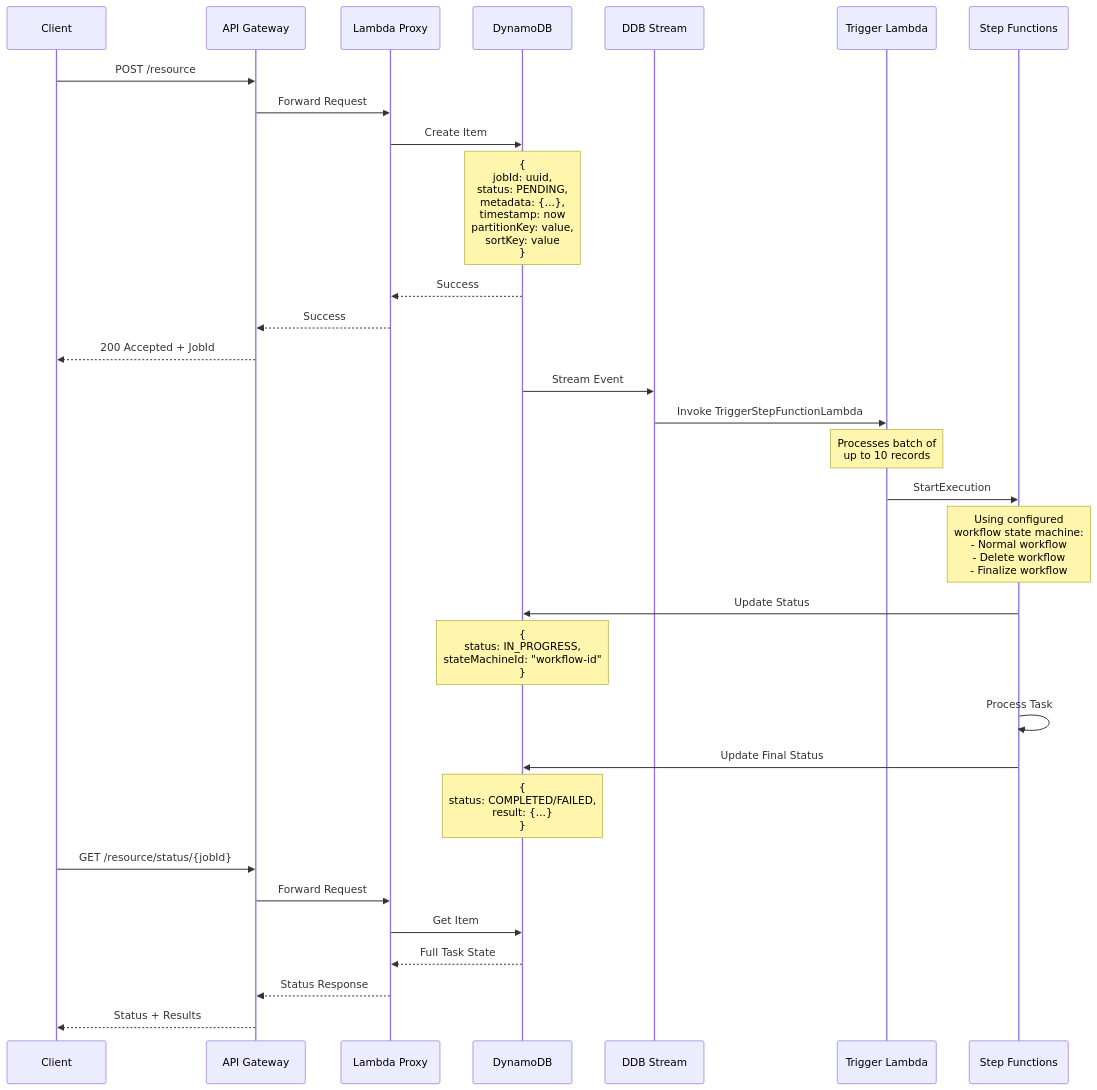
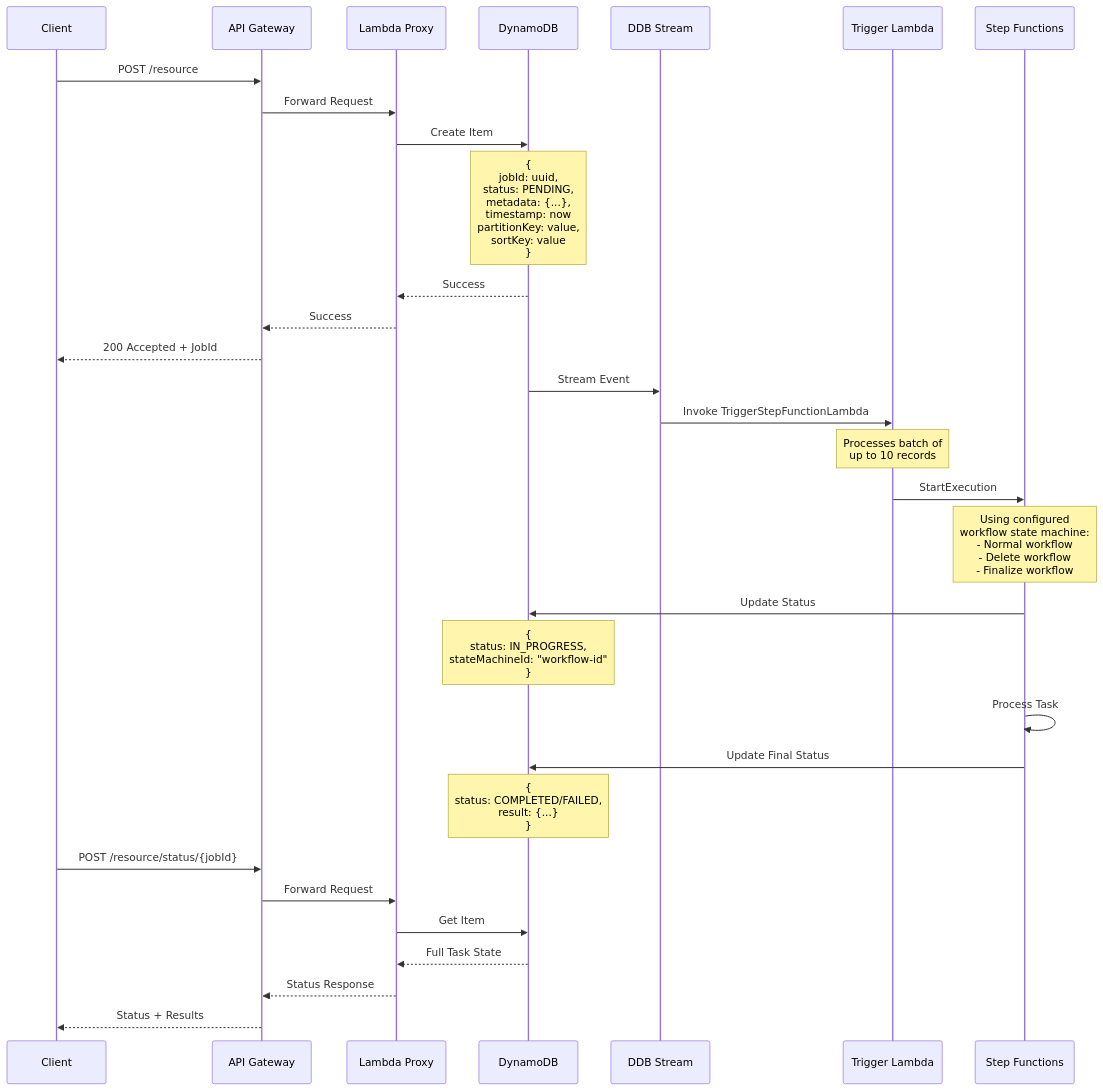
The diagram in deployment/README.md (aws-solutions-library-samples/guidance-for-supporting-video-analysis-as-a-service-on-aws), drawn with Mermaid before and after one commit. The commit also changed other lines of this file, not shown here.

Commit message:
refactor README

````diff
--- a/deployment/README.md
+++ b/deployment/README.md
@@ -17,40 +17,40 @@
 ```mermaid
 sequenceDiagram
     participant Client
     participant API Gateway
     participant Lambda Proxy
     participant DynamoDB
     participant DDB Stream
     participant Trigger Lambda
     participant Step Functions
 
     Client->>API Gateway: POST /resource
     API Gateway->>Lambda Proxy: Forward Request
     Lambda Proxy->>DynamoDB: Create Item
     Note over DynamoDB: {<br/>jobId: uuid,<br/>status: PENDING,<br/>metadata: {...},<br/>timestamp: now<br/>partitionKey: value,<br/>sortKey: value<br/>}
     DynamoDB-->>Lambda Proxy: Success
     Lambda Proxy-->>API Gateway: Success
     API Gateway-->>Client: 200 Accepted + JobId
     
     DynamoDB->>DDB Stream: Stream Event 
     DDB Stream->>Trigger Lambda: Invoke TriggerStepFunctionLambda
     Note over Trigger Lambda: Processes batch of<br/>up to 10 records
     
     Trigger Lambda->>Step Functions: StartExecution
     Note over Step Functions: Using configured<br/>workflow state machine:<br/>- Normal workflow<br/>- Delete workflow<br/>- Finalize workflow
     
     Step Functions->>DynamoDB: Update Status
     Note over DynamoDB: {<br/>status: IN_PROGRESS,<br/>stateMachineId: "workflow-id"<br/>}
     
     Step Functions->>Step Functions: Process Task
     
     Step Functions->>DynamoDB: Update Final Status
     Note over DynamoDB: {<br/>status: COMPLETED/FAILED,<br/>result: {...}<br/>}
     
-    Client->>API Gateway: GET /resource/status/{jobId}
+    Client->>API Gateway: POST /resource/status/{jobId}
     API Gateway->>Lambda Proxy: Forward Request
     Lambda Proxy->>DynamoDB: Get Item
     DynamoDB-->>Lambda Proxy: Full Task State
     Lambda Proxy-->>API Gateway: Status Response
     API Gateway-->>Client: Status + Results
 ```
````
